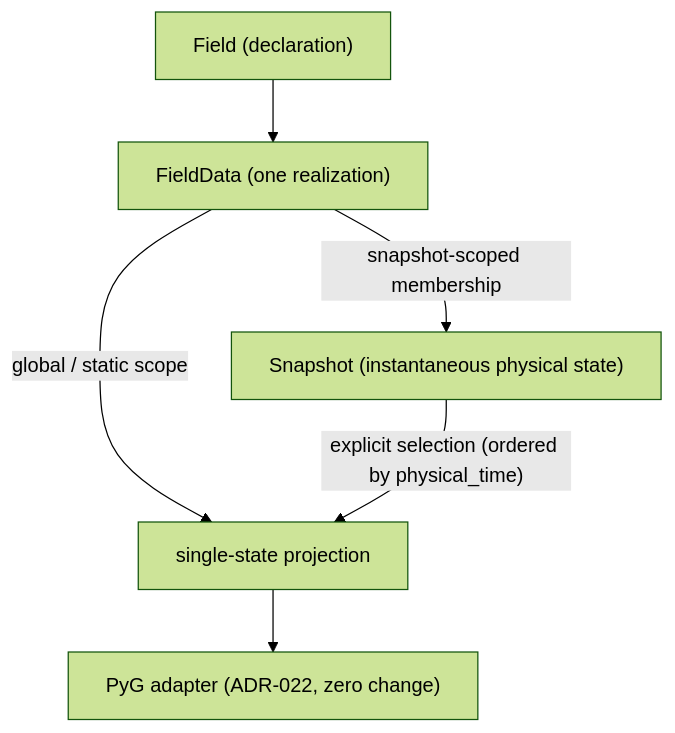
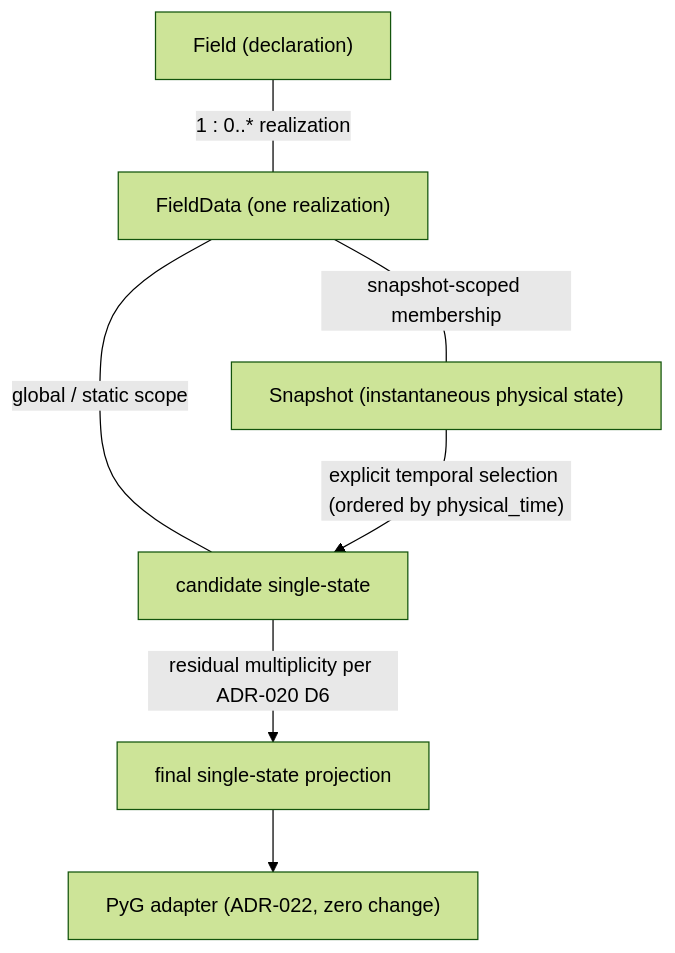
One commit to XYChouMian/caegraph changed the diagram in architecture/decisions/ADR-023-snapshot-temporal-organization.md. Above: the diagram before and after it, drawn with Mermaid (forest theme). The commit also changed other lines of this file and 1 other file, not shown here.

Commit message:
arch(adr): adr-023 v2 final revision (pm corrections)

````diff
--- a/architecture/decisions/ADR-023-snapshot-temporal-organization.md
+++ b/architecture/decisions/ADR-023-snapshot-temporal-organization.md
@@ -11,10 +11,11 @@
 ```mermaid
 flowchart TB
-    F["Field (declaration)"] --> FD["FieldData (one realization)"]
-    FD -->|"snapshot-scoped membership"| SN["Snapshot (instantaneous physical state)"]
-    FD -->|"global / static scope"| PR["single-state projection"]
-    SN -->|"explicit selection (ordered by physical_time)"| PR
-    PR --> AD["PyG adapter (ADR-022, zero change)"]
+    F["Field (declaration)"] ---|"1 : 0..* realization"| FD["FieldData (one realization)"]
+    FD ---|"snapshot-scoped membership"| SN["Snapshot (instantaneous physical state)"]
+    FD ---|"global / static scope"| CS["candidate single-state"]
+    SN -->|"explicit temporal selection (ordered by physical_time)"| CS
+    CS -->|"residual multiplicity per ADR-020 D6"| FP["final single-state projection"]
+    FP --> AD["PyG adapter (ADR-022, zero change)"]
     classDef nowrap white-space:nowrap
-    class F,FD,SN,PR,AD nowrap
+    class F,FD,SN,CS,FP,AD nowrap
 ```
````
